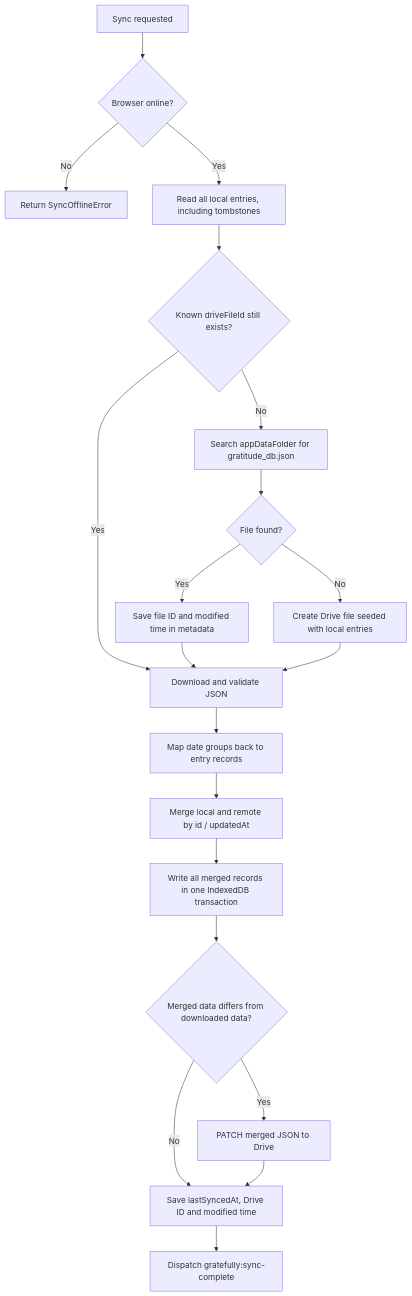
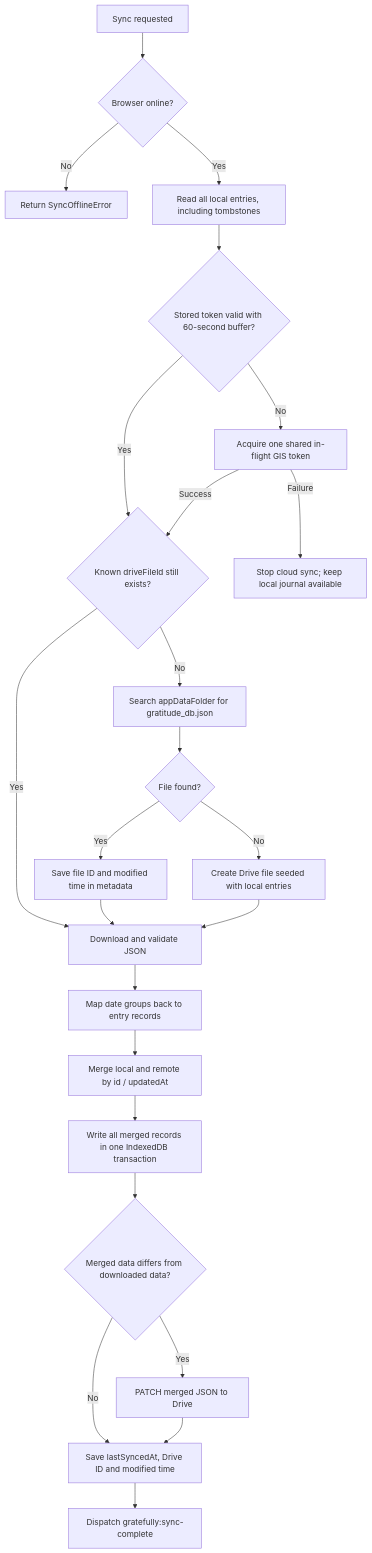
Before and after one commit to abdlrahman-l/gratefully: the third of 3 diagrams in docs/LEARNING_GUIDE.md, drawn with Mermaid. The commit also changed other lines of this file and 9 other files, not shown here.

Commit message:
new auth token flow fix

````diff
--- a/docs/LEARNING_GUIDE.md
+++ b/docs/LEARNING_GUIDE.md
@@ -277,22 +322,26 @@
 ```mermaid
 flowchart TD
     Start[Sync requested] --> Online{Browser online?}
     Online -- No --> Offline[Return SyncOfflineError]
     Online -- Yes --> ReadLocal[Read all local entries, including tombstones]
-    ReadLocal --> File{Known driveFileId still exists?}
+    ReadLocal --> Token{Stored token valid with 60-second buffer?}
+    Token -- No --> GIS[Acquire one shared in-flight GIS token]
+    Token -- Yes --> File{Known driveFileId still exists?}
+    GIS -- Success --> File
+    GIS -- Failure --> Disconnected[Stop cloud sync; keep local journal available]
     File -- Yes --> Download
     File -- No --> Search[Search appDataFolder for gratitude_db.json]
     Search --> Found{File found?}
     Found -- Yes --> SaveId[Save file ID and modified time in metadata]
     SaveId --> Download[Download and validate JSON]
     Found -- No --> Create[Create Drive file seeded with local entries]
     Create --> Download
     Download --> Parse[Map date groups back to entry records]
     Parse --> Merge[Merge local and remote by id / updatedAt]
     Merge --> LocalWrite[Write all merged records in one IndexedDB transaction]
     LocalWrite --> Compare{Merged data differs from downloaded data?}
     Compare -- Yes --> Upload[PATCH merged JSON to Drive]
     Compare -- No --> Metadata
     Upload --> Metadata[Save lastSyncedAt, Drive ID and modified time]
     Metadata --> Done[Dispatch gratefully:sync-complete]
 ```
````
